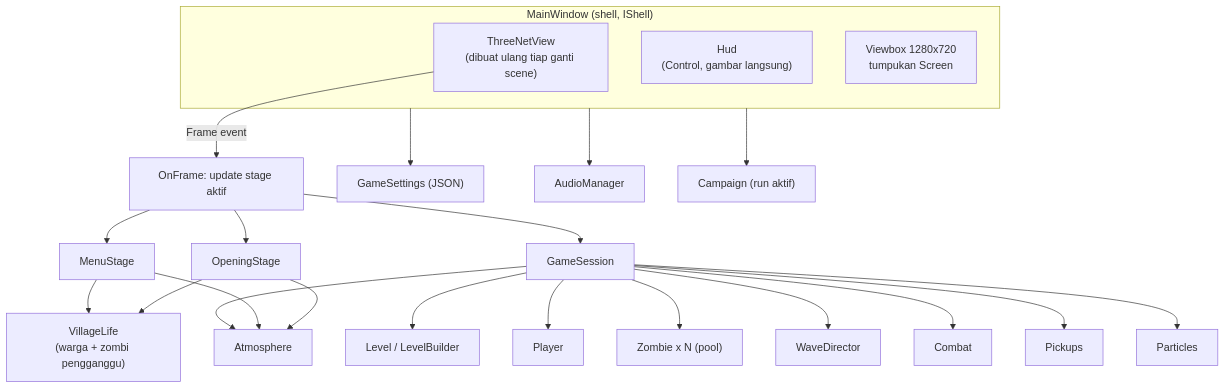
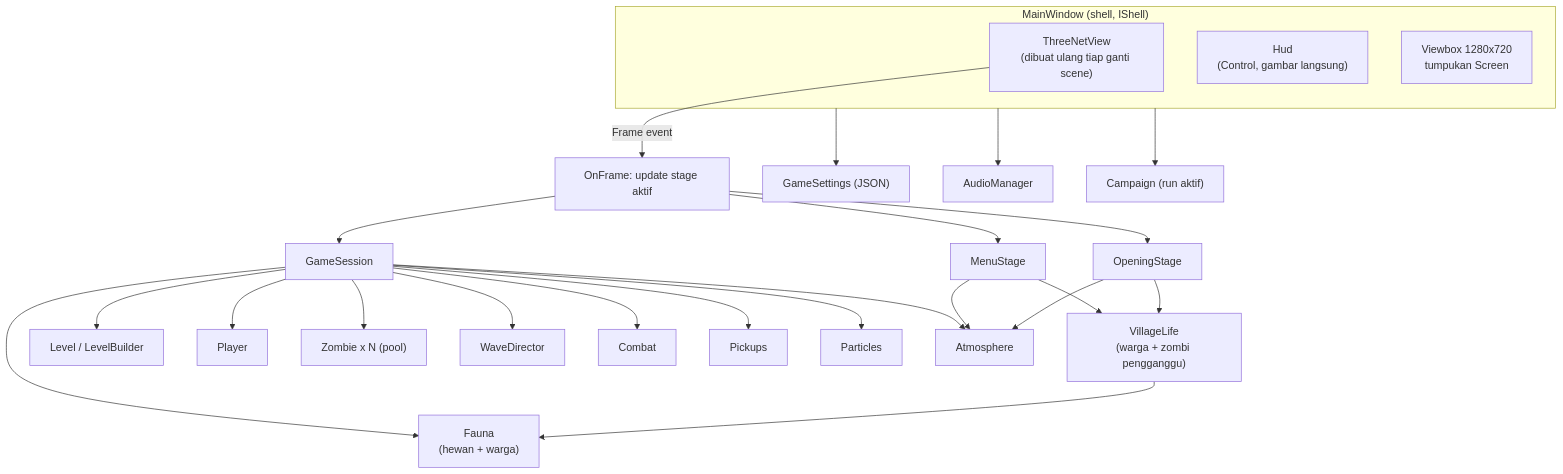
The first of 2 diagrams in docs/arsitektur.md (SyubadubinStudios/bertahan), drawn with Mermaid before and after one commit. The commit also changed other lines of this file and 134 other files, not shown here.

First line of the commit message:
Tambah hewan & warga berprofesi, proporsi model sesuai art

````diff
--- a/docs/arsitektur.md
+++ b/docs/arsitektur.md
@@ -7,27 +7,29 @@
 ```mermaid
 flowchart TB
     subgraph Window["MainWindow (shell, IShell)"]
         View["ThreeNetView<br/>(dibuat ulang tiap ganti scene)"]
         Hud["Hud<br/>(Control, gambar langsung)"]
         Screens["Viewbox 1280x720<br/>tumpukan Screen"]
     end
     View -->|Frame event| Loop["OnFrame: update stage aktif"]
     Loop --> Opening["OpeningStage"]
     Loop --> Menu["MenuStage"]
     Loop --> Session["GameSession"]
     Menu --> Village["VillageLife<br/>(warga + zombi pengganggu)"]
     Opening --> Village
     Session --> Level["Level / LevelBuilder"]
     Session --> Player
     Session --> Zombies["Zombie x N (pool)"]
     Session --> Waves["WaveDirector"]
     Session --> Combat
     Session --> Pickups
     Session --> Fx["Particles"]
     Session --> Atmo["Atmosphere"]
+    Session --> Fauna["Fauna<br/>(hewan + warga)"]
+    Village --> Fauna
     Menu --> Atmo
     Opening --> Atmo
     Window --> Settings["GameSettings (JSON)"]
     Window --> Audio["AudioManager"]
     Window --> Run["Campaign (run aktif)"]
 ```
````
